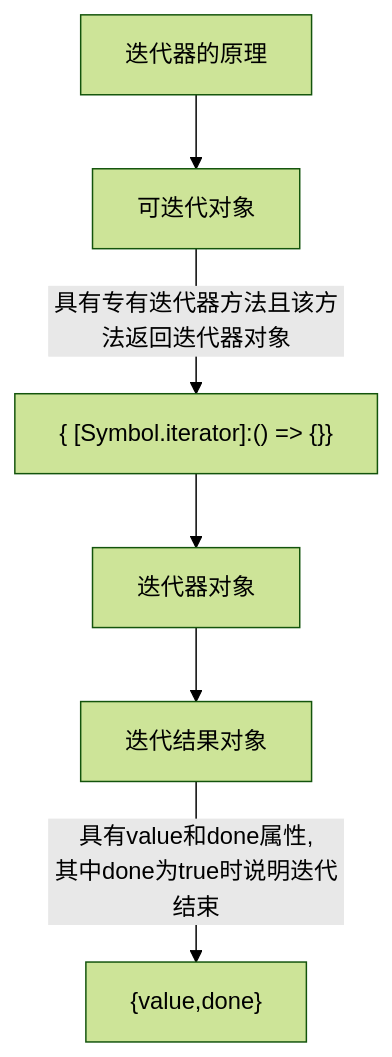
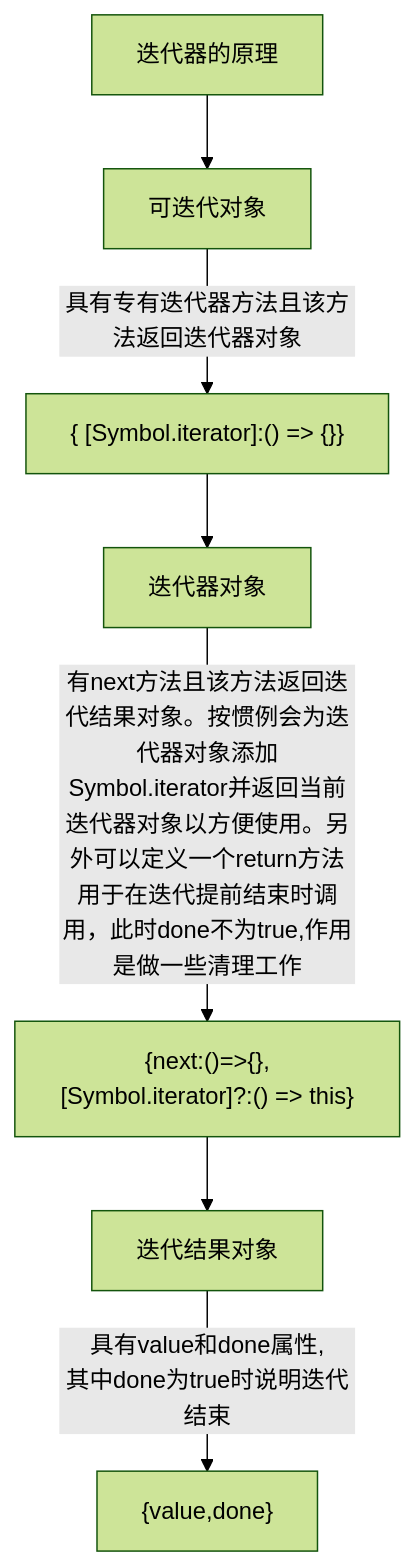
One commit to dxyqqs/javascript-the_definitive_guide changed the diagram in 12/12-1/README.md. Above: the diagram before and after it, drawn with Mermaid (forest theme).

Commit message:
fixed the mermaid issue

````diff
--- a/12/12-1/README.md
+++ b/12/12-1/README.md
@@ -3,9 +3,10 @@
 ```mermaid
     graph TD
         A[迭代器的原理] --> 
         B["可迭代对象"] --> 
         |具有专有迭代器方法且该方法返回迭代器对象|C["{ [Symbol.iterator]:() => {}}"] -->
         D["迭代器对象"] -->
+        |有next方法且该方法返回迭代结果对象。按惯例会为迭代器对象添加Symbol.iterator并返回当前迭代器对象以方便使用。另外可以定义一个return方法用于在迭代提前结束时调用，此时done不为true,作用是做一些清理工作|E["{next:()=>{},[Symbol.iterator]?:() => this}"] -->
         F["迭代结果对象"] --> 
         |具有value和done属性,\n其中done为true时说明迭代结束|G["{value,done}"];
 ```
````
